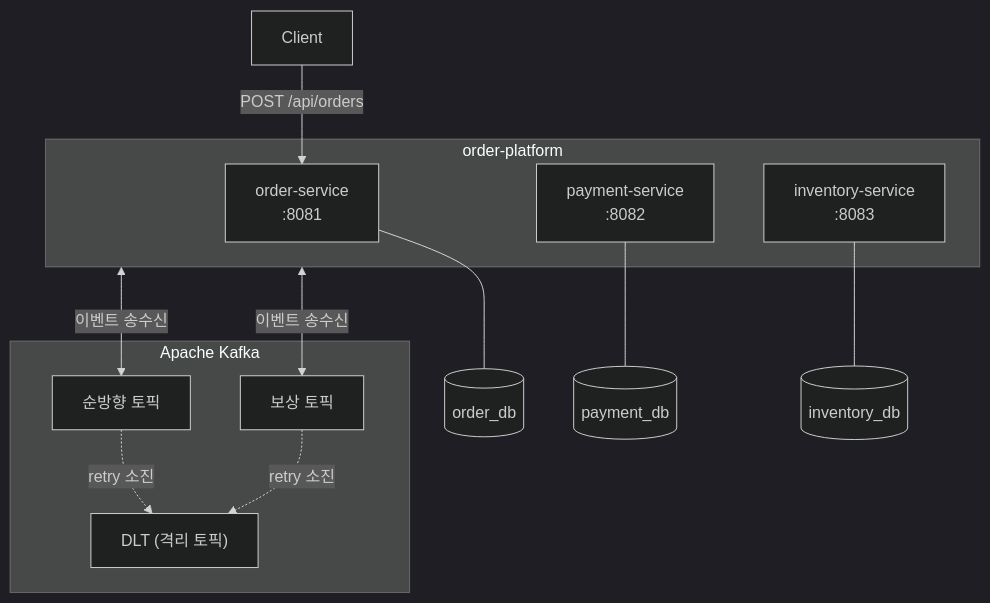
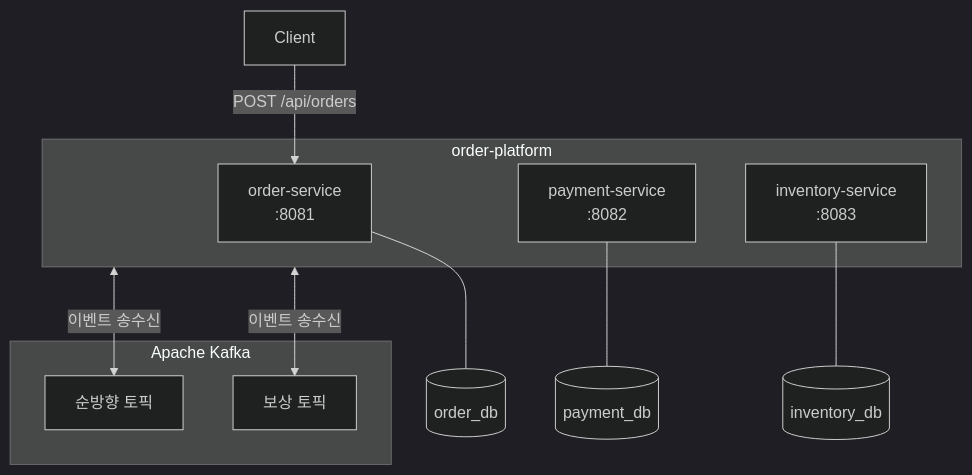
The first of 3 diagrams in docs/phase1/step2b/c4-container-structure.md (JuJin1324/order-platform), drawn with Mermaid (dark theme) before and after one commit. The commit also changed 3 other files, not shown here.

Commit message:
Docs: add phase1 ADR documents and remove DLT from c4 diagram

````diff
--- a/docs/phase1/step2b/c4-container-structure.md
+++ b/docs/phase1/step2b/c4-container-structure.md
@@ -17,31 +17,28 @@
 ```mermaid
 graph TB
     Client["Client"]
 
     subgraph System["order-platform"]
         Order["order-service\n:8081"]
         Payment["payment-service\n:8082"]
         Inventory["inventory-service\n:8083"]
     end
 
     subgraph Kafka["Apache Kafka"]
         Forward["순방향 토픽"]
         Compensation["보상 토픽"]
-        DLT["DLT (격리 토픽)"]
     end
 
     OrderDb[("order_db")]
     PaymentDb[("payment_db")]
     InventoryDb[("inventory_db")]
 
     Client -->|POST /api/orders| Order
 
     System <-->|이벤트 송수신| Forward
     System <-->|이벤트 송수신| Compensation
-    Forward -. retry 소진 .-> DLT
-    Compensation -. retry 소진 .-> DLT
 
     Order --- OrderDb
     Payment --- PaymentDb
     Inventory --- InventoryDb
 ```
````
